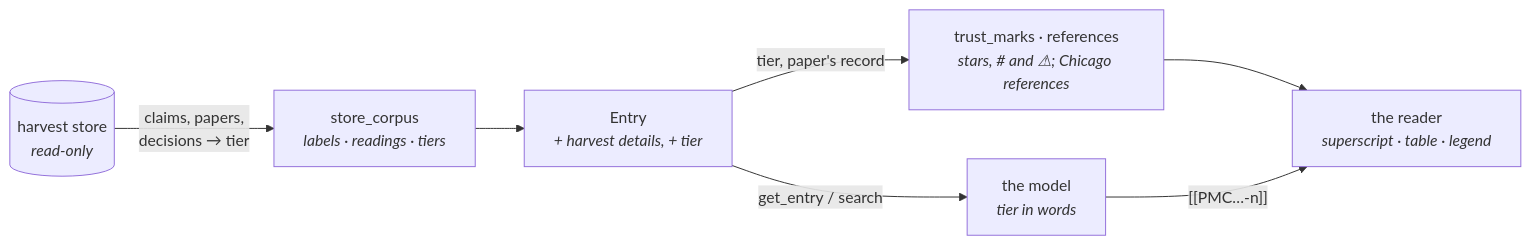
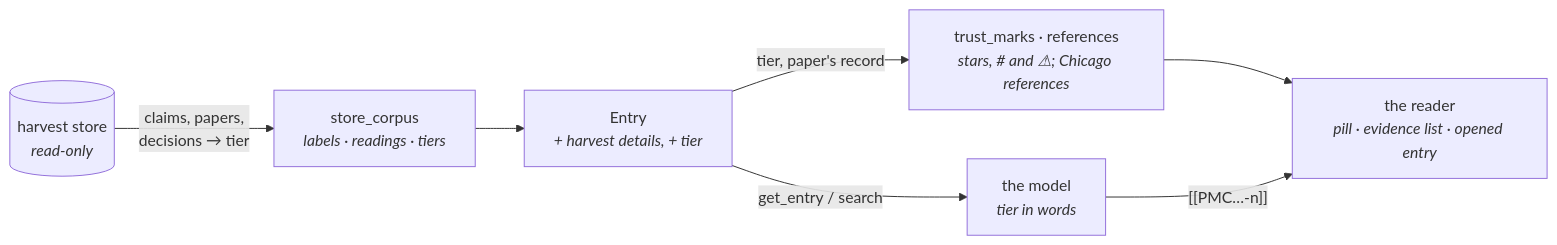
Diagram 14 of 14 in docs/diagrams/architecture.md (DukeOfErl/Numera), drawn with Mermaid before and after one commit. The commit also changed 19 other files, not shown here.

First line of the commit message:
The answer view: numbered pills, an evidence list, the entry opened in place

````diff
--- a/docs/diagrams/architecture.md
+++ b/docs/diagrams/architecture.md
@@ -581,13 +581,13 @@
 ```mermaid
 flowchart LR
     store[("harvest store<br/><i>read-only</i>")]
     loader["store_corpus<br/><i>labels · readings · tiers</i>"]
     entry["Entry<br/><i>+ harvest details, + tier</i>"]
     model["the model<br/><i>tier in words</i>"]
     marks["trust_marks · references<br/><i>stars, # and ⚠; Chicago references</i>"]
-    reader["the reader<br/><i>superscript · table · legend</i>"]
+    reader["the reader<br/><i>pill · evidence list · opened entry</i>"]
     store -- "claims, papers,<br/>decisions → tier" --> loader --> entry
     entry -- "get_entry / search" --> model
     entry -- "tier, paper's record" --> marks --> reader
     model -- "[[PMC…-n]]" --> reader
 ```
````
